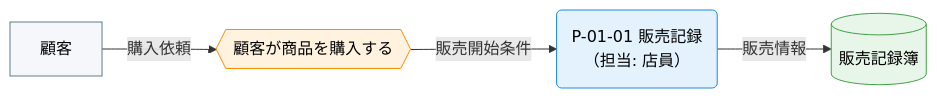
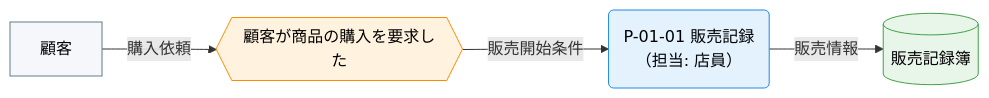
Before and after one commit to specdojo/specdojo: the fourth of 5 diagrams in docs/ja/specdojo/rulebooks/cdfd-mermaid-rulebook.md, drawn with Mermaid. The commit also changed other lines of this file and 10 other files, not shown here.

````diff
--- a/docs/ja/specdojo/rulebooks/cdfd-mermaid-rulebook.md
+++ b/docs/ja/specdojo/rulebooks/cdfd-mermaid-rulebook.md
@@ -162,21 +173,21 @@
 ```mermaid
 flowchart LR
   classDef process fill:#e3f2fd,stroke:#1e88e5,color:#000
   classDef event fill:#fff3e0,stroke:#fb8c00,color:#000
   classDef store fill:#e8f5e9,stroke:#43a047,color:#000
   classDef actor fill:#f5f7fa,stroke:#607d8b,color:#000
 
   顧客["顧客"]
-  購入要求{{"顧客が商品を購入する"}}
+  購入要求{{"顧客が商品の購入を要求した"}}
   販売記録("P-01-01 販売記録<br>（担当: 店員）")
   販売記録簿[("販売記録簿")]
 
   顧客 -->|"購入依頼"| 購入要求
   購入要求 -->|"販売開始条件"| 販売記録
   販売記録 -->|"販売情報"| 販売記録簿
 
   class 顧客 actor
   class 購入要求 event
   class 販売記録 process
   class 販売記録簿 store
 ```
````
